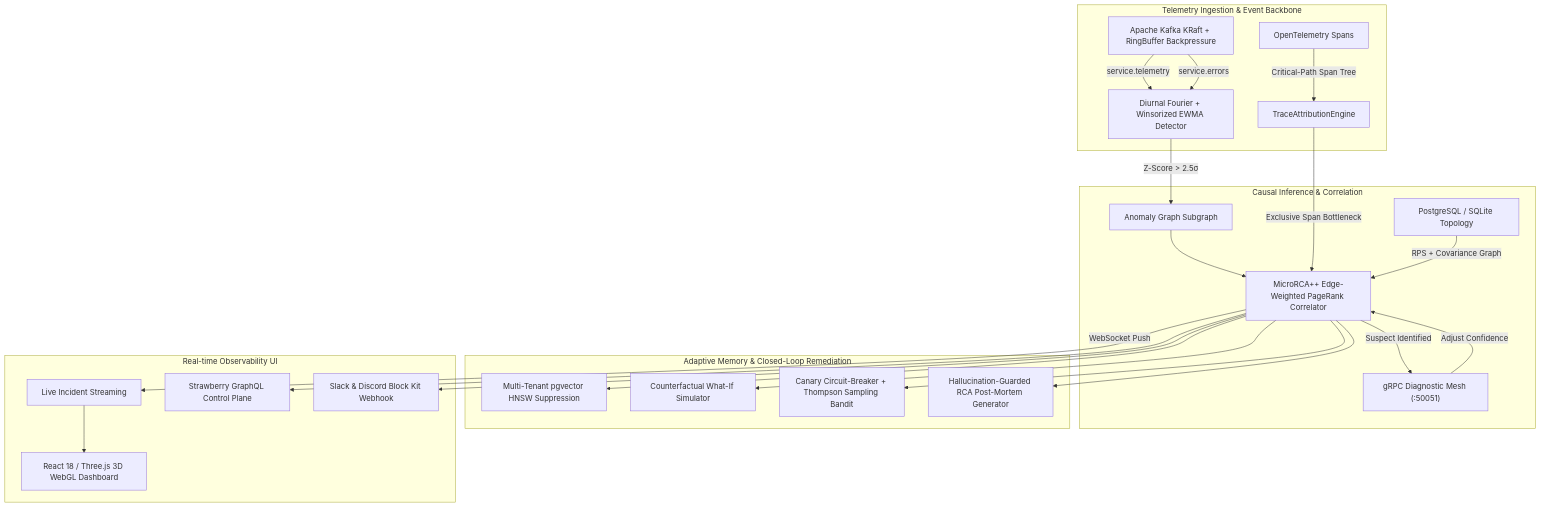
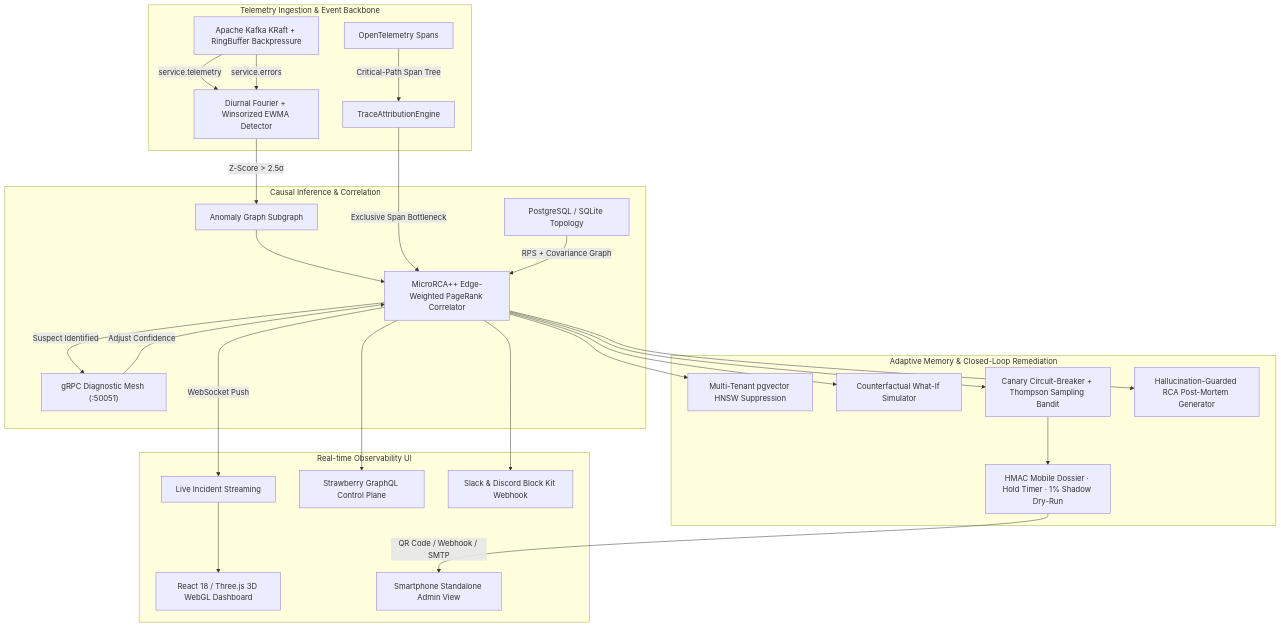
The diagram in README.md (kartik-012/AIOps---Root-Cause-Correlator), drawn with Mermaid before and after one commit. The commit also changed other lines of this file, not shown here.

Commit message:
docs(readme): document Progressive Trust & Real-Phone Mobile Dossier architecture

````diff
--- a/README.md
+++ b/README.md
@@ -160,31 +161,33 @@
 ```mermaid
 flowchart TD
     subgraph DataPlane ["Telemetry Ingestion & Event Backbone"]
         K1["Apache Kafka KRaft + RingBuffer Backpressure"] -->|service.telemetry| E1["Diurnal Fourier + Winsorized EWMA Detector"]
         K1 -->|service.errors| E1
         OT["OpenTelemetry Spans"] -->|Critical-Path Span Tree| TA["TraceAttributionEngine"]
     end
 
     subgraph AnalyticsEngine ["Causal Inference & Correlation"]
         E1 -->|Z-Score > 2.5σ| AG["Anomaly Graph Subgraph"]
         AG --> CE["MicroRCA++ Edge-Weighted PageRank Correlator"]
         TA -->|Exclusive Span Bottleneck| CE
         G_SVC["PostgreSQL / SQLite Topology"] -->|RPS + Covariance Graph| CE
         CE -->|Suspect Identified| GRPC["gRPC Diagnostic Mesh (:50051)"]
         GRPC -->|Adjust Confidence| CE
     end
 
     subgraph MemoryIntelligence ["Adaptive Memory & Closed-Loop Remediation"]
         CE --> SE["Multi-Tenant pgvector HNSW Suppression"]
         CE --> CF["Counterfactual What-If Simulator"]
         CE --> REM["Canary Circuit-Breaker + Thompson Sampling Bandit"]
+        REM --> GOV["HMAC Mobile Dossier · Hold Timer · 1% Shadow Dry-Run"]
         CE --> LLM["Hallucination-Guarded RCA Post-Mortem Generator"]
     end
 
     subgraph PresentationPlane ["Real-time Observability UI"]
         CE -->|WebSocket Push| WS["Live Incident Streaming"]
         WS --> UI["React 18 / Three.js 3D WebGL Dashboard"]
+        GOV -->|QR Code / Webhook / SMTP| PHONE["Smartphone Standalone Admin View"]
         CE --> GQL["Strawberry GraphQL Control Plane"]
         CE --> SLACK["Slack & Discord Block Kit Webhook"]
     end
 ```
````
